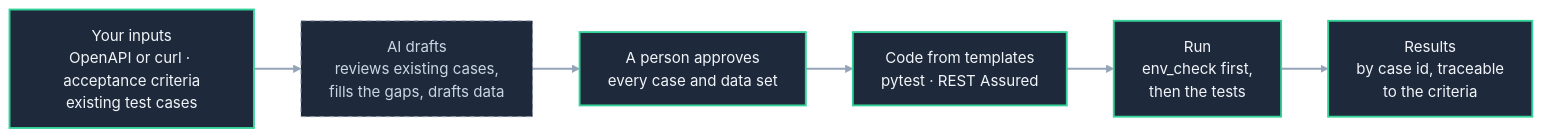
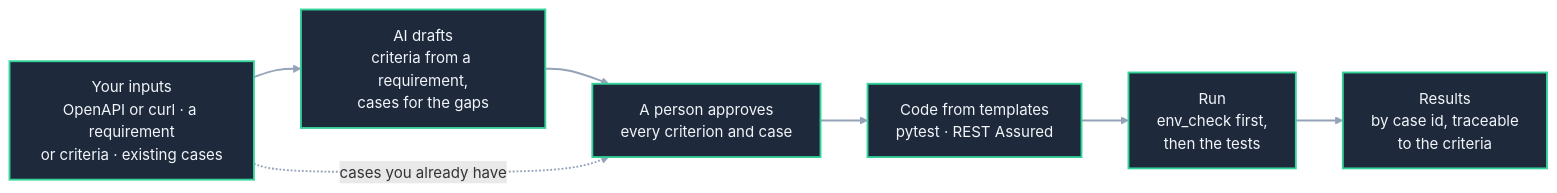
One commit to rahulsharma-qe/api-qa-agent changed the diagram in README.md. Above: the diagram before and after it, drawn with Mermaid. The commit also changed other lines of this file and 3 other files, not shown here.

````diff
--- a/README.md
+++ b/README.md
@@ -40,15 +17,14 @@
 ```mermaid
 flowchart LR
-  IN["Your inputs<br/>OpenAPI or curl · acceptance criteria<br/>existing test cases"]
-  DRAFT["AI drafts<br/>reviews existing cases,<br/>fills the gaps, drafts data"]
-  REVIEW["A person approves<br/>every case and data set"]
+  IN["Your inputs<br/>OpenAPI or curl · a requirement<br/>or criteria · existing cases"]
+  DRAFT["AI drafts<br/>criteria from a requirement,<br/>cases for the gaps"]
+  REVIEW["A person approves<br/>every criterion and case"]
   GEN["Code from templates<br/>pytest · REST Assured"]
   RUN["Run<br/>env_check first,<br/>then the tests"]
   OUT["Results<br/>by case id, traceable<br/>to the criteria"]
   IN --> DRAFT --> REVIEW --> GEN --> RUN --> OUT
+  IN -.->|cases you already have| REVIEW
   classDef built fill:#1e293b,stroke:#34d399,color:#f1f5f9,stroke-width:2px
-  classDef later fill:#1e293b,stroke:#94a3b8,color:#cbd5e1,stroke-dasharray: 5 5
-  class IN,REVIEW,GEN,RUN,OUT built
-  class DRAFT later
+  class IN,DRAFT,REVIEW,GEN,RUN,OUT built
   linkStyle default stroke:#94a3b8,stroke-width:2px
 ```
````
